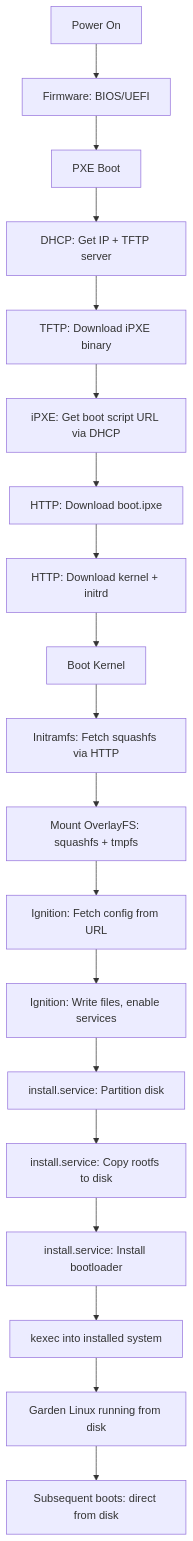
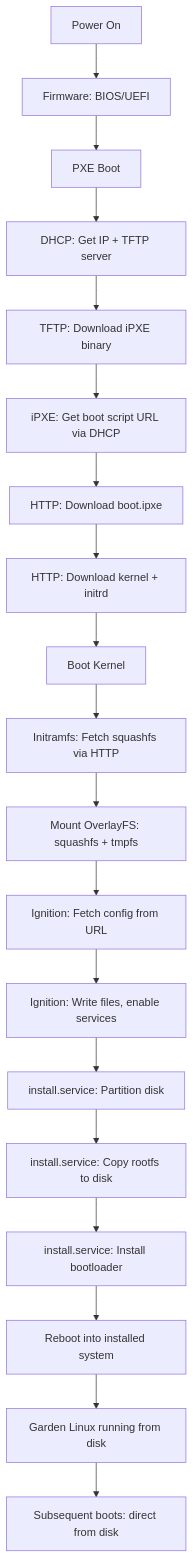
One commit to gardenlinux/gardenlinux changed the diagram in docs/how-to/installation/on-premises/pxe-boot.md. Above: the diagram before and after it, drawn with Mermaid. The commit also changed other lines of this file and 41 other files, not shown here.

````diff
--- a/docs/how-to/installation/on-premises/pxe-boot.md
+++ b/docs/how-to/installation/on-premises/pxe-boot.md
@@ -56,21 +56,21 @@
 ```mermaid
 flowchart TD
     A[Power On] --> B[Firmware: BIOS/UEFI]
     B --> C[PXE Boot]
     C --> D[DHCP: Get IP + TFTP server]
     D --> E[TFTP: Download iPXE binary]
     E --> F[iPXE: Get boot script URL via DHCP]
     F --> G[HTTP: Download boot.ipxe]
     G --> H[HTTP: Download kernel + initrd]
     H --> I[Boot Kernel]
     I --> J[Initramfs: Fetch squashfs via HTTP]
     J --> K[Mount OverlayFS: squashfs + tmpfs]
     K --> L[Ignition: Fetch config from URL]
     L --> M[Ignition: Write files, enable services]
     M --> N[install.service: Partition disk]
     N --> O[install.service: Copy rootfs to disk]
     O --> P[install.service: Install bootloader]
-    P --> Q[kexec into installed system]
+    P --> Q[Reboot into installed system]
     Q --> R[Garden Linux running from disk]
     R --> S[Subsequent boots: direct from disk]
 ```
````
